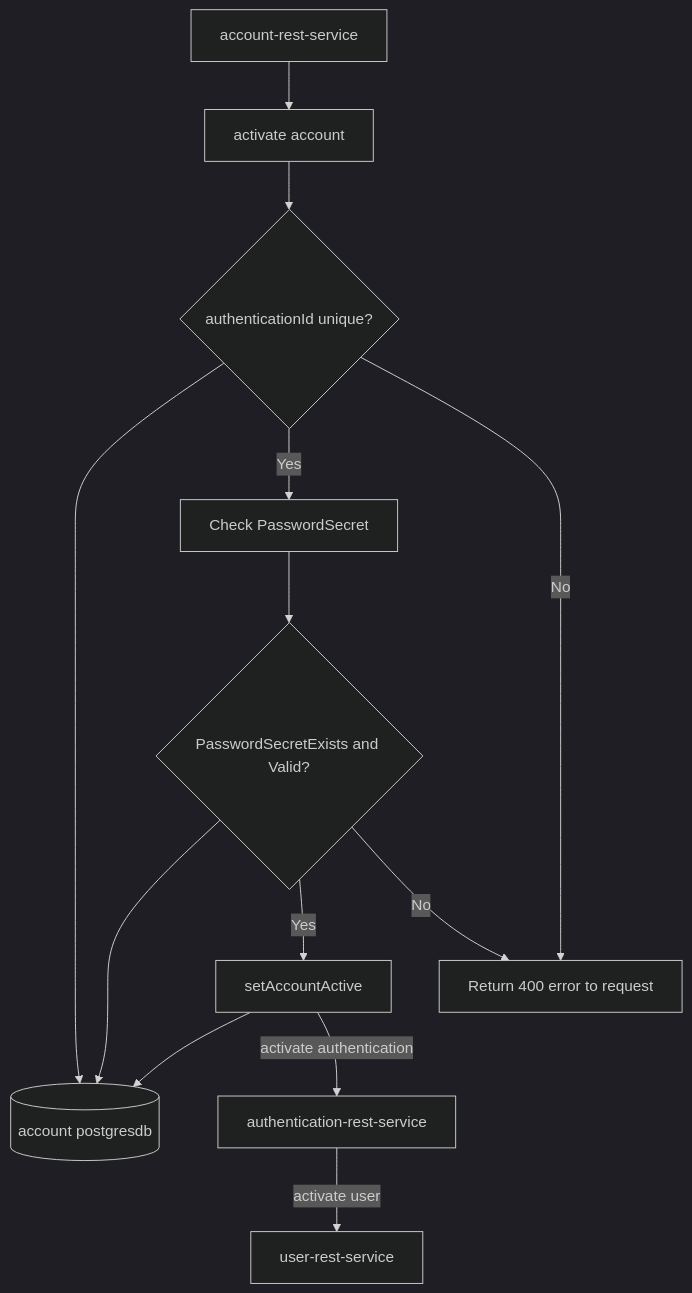
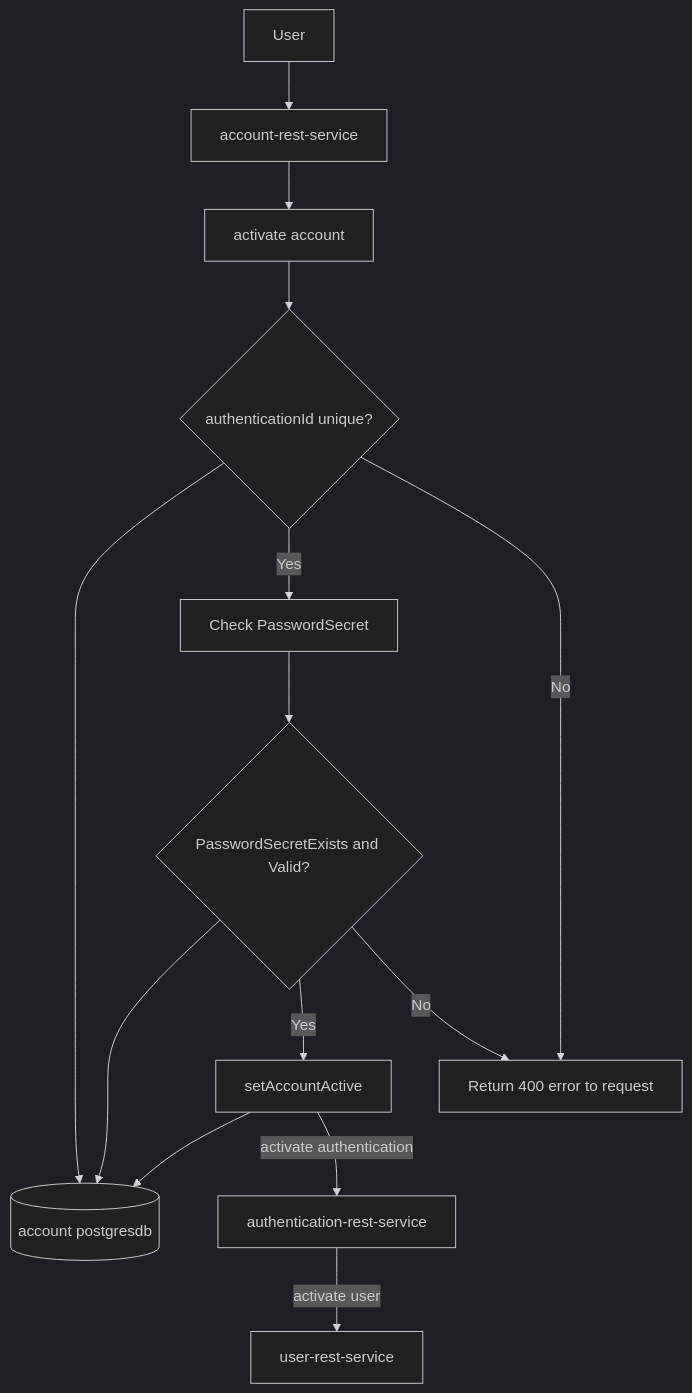
One commit to sonamsamdupkhangsar/account-rest-service changed the second of 2 diagrams in README.md. Above: the diagram before and after it, drawn with Mermaid (dark theme).

````diff
--- a/README.md
+++ b/README.md
@@ -91,19 +91,20 @@
 ```mermaid
 flowchart TD
+  User --> account-rest-service
   account-rest-service --> activateAccount["activate account"]  
   activateAccount --> authenticationIdUnique{authenticationId unique?}
   
   authenticationIdUnique --> accountDb[(account postgresdb)]
   
   authenticationIdUnique --> |Yes| passwordSecretCheck[Check PasswordSecret]
   authenticationIdUnique --> |No| ReturnError[Return 400 error to request]
   
   passwordSecretCheck --> passwordSecretValid{PasswordSecretExists and Valid?}
   
   passwordSecretValid --> accountDb
   passwordSecretValid -->|Yes| setAccountActive   
   setAccountActive --> accountDb
   setAccountActive --"activate authentication"--> activateAuthentication[authentication-rest-service] 
   passwordSecretValid -->|No| ReturnError
   activateAuthentication --"activate user"--> activateUser["user-rest-service"] 
 ```  
````
